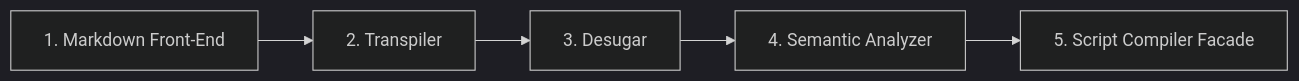
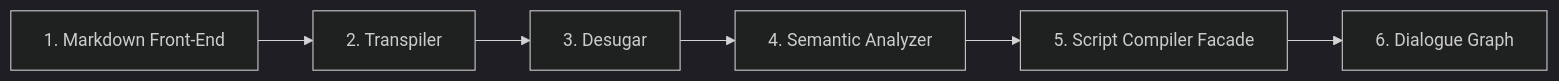
One commit to pengzhengyi/dialoguedown changed the first of 3 diagrams in docs/contributing/design-notes/README.md. Above: the diagram before and after it, drawn with Mermaid (dark theme). The commit also changed other lines of this file and 145 other files, not shown here.

First line of the commit message:
feat(graph): lower the semantic model into the dialogue graph (#243)

````diff
--- a/docs/contributing/design-notes/README.md
+++ b/docs/contributing/design-notes/README.md
@@ -41,6 +41,6 @@
 ```mermaid
 flowchart LR
     FE["1. Markdown Front-End"] --> TR["2. Transpiler"]
     TR --> DS["3. Desugar"] --> SA["4. Semantic Analyzer"]
-    SA --> SF["5. Script Compiler Facade"]
+    SA --> SF["5. Script Compiler Facade"] --> GR["6. Dialogue Graph"]
 ```
````
